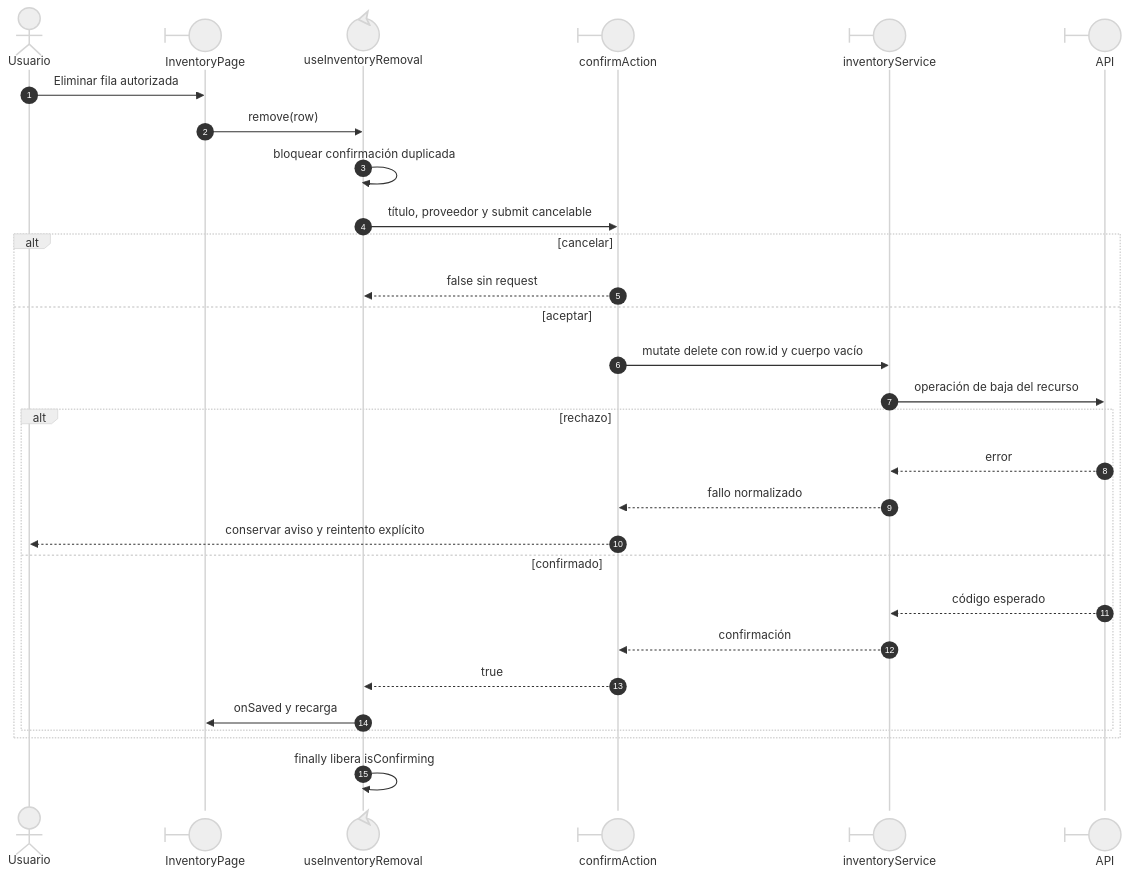
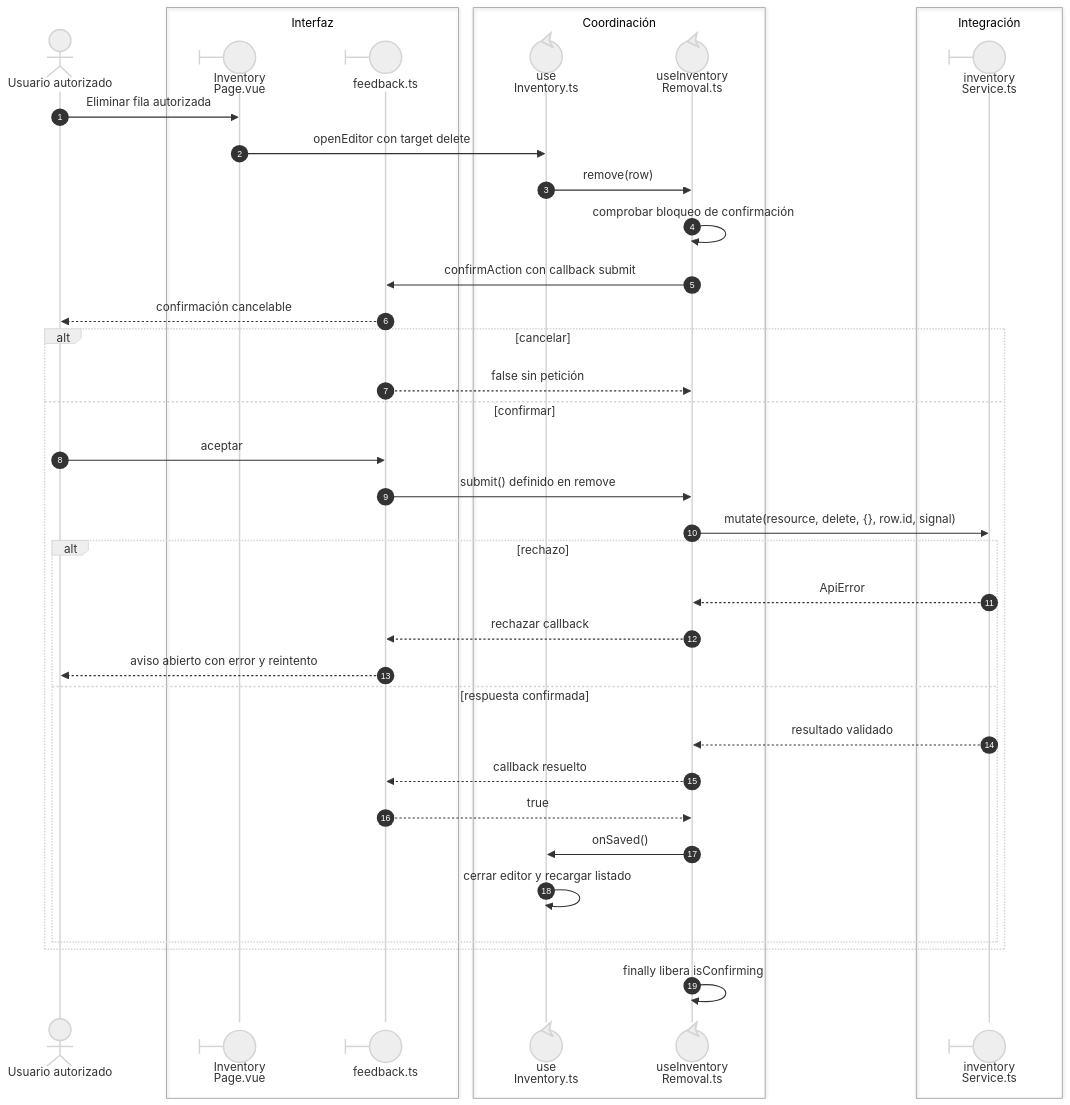
Before and after one commit to gpgsistemas01/nexus: the diagram in front/docs/architecture/views/processes/05-warehouse/04-inventory-removal.md, drawn with Mermaid (neutral theme). The commit also changed other lines of this file and 46 other files, not shown here.

Commit message:
docs: alinear secuencias Vue con participantes y callbacks reales

````diff
--- a/front/docs/architecture/views/processes/05-warehouse/04-inventory-removal.md
+++ b/front/docs/architecture/views/processes/05-warehouse/04-inventory-removal.md
@@ -15,31 +15,41 @@
 ```mermaid
 sequenceDiagram
     autonumber
-    actor Usuario
-    participant Page@{ "type": "boundary" } as InventoryPage
-    participant Remove@{ "type": "control" } as useInventoryRemoval
-    participant Feedback@{ "type": "boundary" } as confirmAction
-    participant Service@{ "type": "boundary" } as inventoryService
-    participant API@{ "type": "boundary" } as API
-    Usuario->>Page: Eliminar fila autorizada
-    Page->>Remove: remove(row)
-    Remove->>Remove: bloquear confirmación duplicada
-    Remove->>Feedback: título, proveedor y submit cancelable
+    actor U as Usuario autorizado
+    box Interfaz
+    participant Page@{ "type": "boundary" } as Inventory<br/>Page.vue
+    participant Feedback@{ "type": "boundary" } as feedback.ts
+    end
+    box Coordinación
+    participant Inventory@{ "type": "control" } as use<br/>Inventory.ts
+    participant Remove@{ "type": "control" } as useInventory<br/>Removal.ts
+    end
+    box Integración
+    participant Service@{ "type": "boundary" } as inventory<br/>Service.ts
+    end
+    U->>Page: Eliminar fila autorizada
+    Page->>Inventory: openEditor con target delete
+    Inventory->>Remove: remove(row)
+    Remove->>Remove: comprobar bloqueo de confirmación
+    Remove->>Feedback: confirmAction con callback submit
+    Feedback-->>U: confirmación cancelable
     alt cancelar
-        Feedback-->>Remove: false sin request
-    else aceptar
-        Feedback->>Service: mutate delete con row.id y cuerpo vacío
-        Service->>API: operación de baja del recurso
+        Feedback-->>Remove: false sin petición
+    else confirmar
+        U->>Feedback: aceptar
+        Feedback->>Remove: submit() definido en remove
+        Remove->>Service: mutate(resource, delete, {}, row.id, signal)
         alt rechazo
-            API-->>Service: error
-            Service-->>Feedback: fallo normalizado
-            Feedback-->>Usuario: conservar aviso y reintento explícito
-        else confirmado
-            API-->>Service: código esperado
-            Service-->>Feedback: confirmación
+            Service-->>Remove: ApiError
+            Remove-->>Feedback: rechazar callback
+            Feedback-->>U: aviso abierto con error y reintento
+        else respuesta confirmada
+            Service-->>Remove: resultado validado
+            Remove-->>Feedback: callback resuelto
             Feedback-->>Remove: true
-            Remove->>Page: onSaved y recarga
+            Remove->>Inventory: onSaved()
+            Inventory->>Inventory: cerrar editor y recargar listado
         end
     end
     Remove->>Remove: finally libera isConfirming
 ```
````
